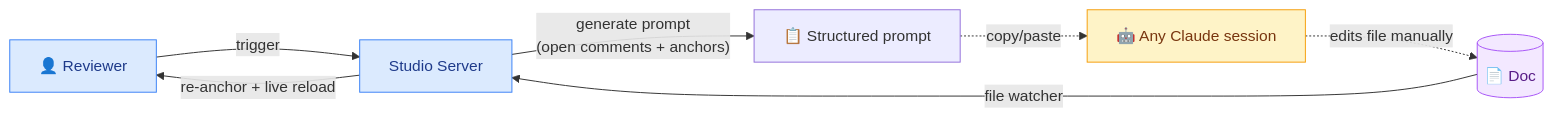
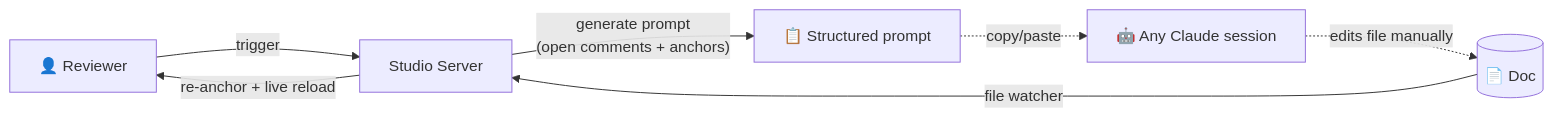
The seventh of 15 diagrams in bytesofpurpose-blog/designs/2026-06-22-markdown-review-studio.mdx (omars-lab/omars-lab.github.io), drawn with Mermaid before and after one commit. The commit also changed other lines of this file and 6 other files, not shown here.

First line of the commit message:
feat(designs): on-brand mermaid theme + dark-mode-adaptive diagrams

````diff
--- a/bytesofpurpose-blog/designs/2026-06-22-markdown-review-studio.mdx
+++ b/bytesofpurpose-blog/designs/2026-06-22-markdown-review-studio.mdx
@@ -473,16 +433,10 @@
 ```mermaid
 graph LR
     U["👤 Reviewer"] -->|"trigger"| S["Studio Server"]
     S -->|"generate prompt<br/>(open comments + anchors)"| P["📋 Structured prompt"]
     P -.->|"copy/paste"| CC["🤖 Any Claude session"]
     CC -.->|"edits file manually"| FS[("📄 Doc")]
     FS -->|"file watcher"| S
     S -->|"re-anchor + live reload"| U
 
-    classDef u fill:#dbeafe,stroke:#3b82f6,color:#1e3a8a
-    classDef agent fill:#fef3c7,stroke:#f59e0b,color:#78350f
-    classDef store fill:#f3e8ff,stroke:#a855f7,color:#581c87
-    class U,S u
-    class CC agent
-    class FS store
 ```
````
